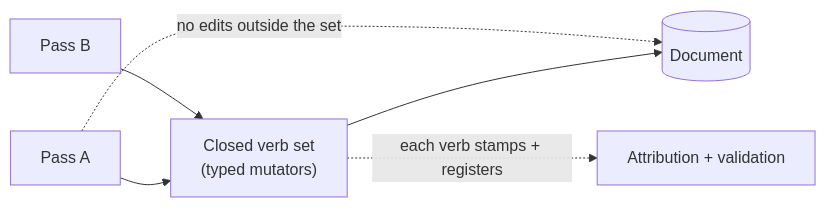
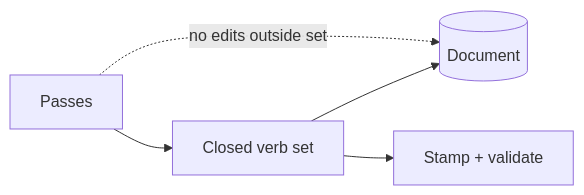
The diagram in book/appendix-fills/product/remediation-verbs.md (davisjam/agent-governance-mechanisms), drawn with Mermaid before and after one commit. The commit also changed 21 other files, not shown here.

````diff
--- a/book/appendix-fills/product/remediation-verbs.md
+++ b/book/appendix-fills/product/remediation-verbs.md
@@ -35,8 +35,7 @@
 ```mermaid
 flowchart LR
-  P1[Pass A] --> Verbs
-  P2[Pass B] --> Verbs
-  Verbs["Closed verb set<br/>(typed mutators)"] --> Doc[(Document)]
-  Verbs -.->|each verb stamps + registers| Gov[Attribution + validation]
-  P1 -. no edits outside the set .-> Doc
+  Passes[Passes] --> Verbs[Closed verb set]
+  Verbs --> Doc[(Document)]
+  Verbs --> Gov[Stamp + validate]
+  Passes -. no edits outside set .-> Doc
 ```
````
